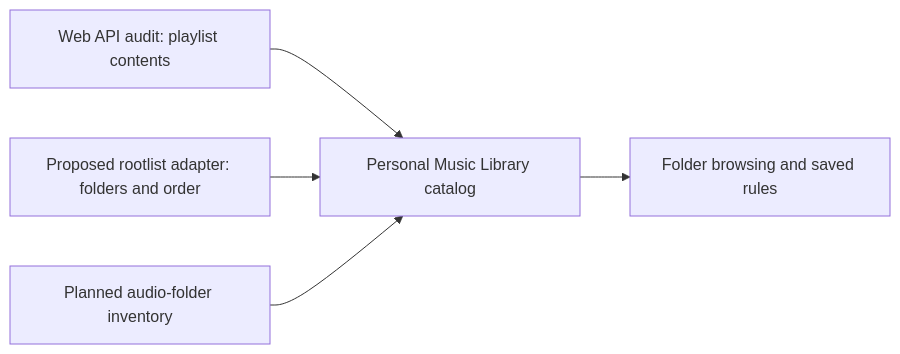
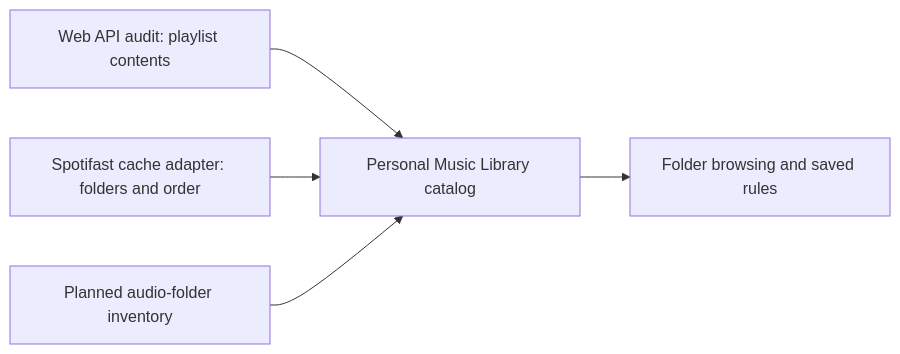
The diagram in docs/SPOTIFAST_ADAPTER.md (mrdc1790/personal-music-library), drawn with Mermaid before and after one commit. The commit also changed other lines of this file and 10 other files, not shown here.

Commit message:
Add bounded real-library explorer and Spotifast folder cache adapter

````diff
--- a/docs/SPOTIFAST_ADAPTER.md
+++ b/docs/SPOTIFAST_ADAPTER.md
@@ -31,7 +35,7 @@
 ```mermaid
 flowchart LR
     A[Web API audit: playlist contents] --> C[Personal Music Library catalog]
-    B[Proposed rootlist adapter: folders and order] --> C
+    B[Spotifast cache adapter: folders and order] --> C
     D[Planned audio-folder inventory] --> C
     C --> E[Folder browsing and saved rules]
 ```
````
